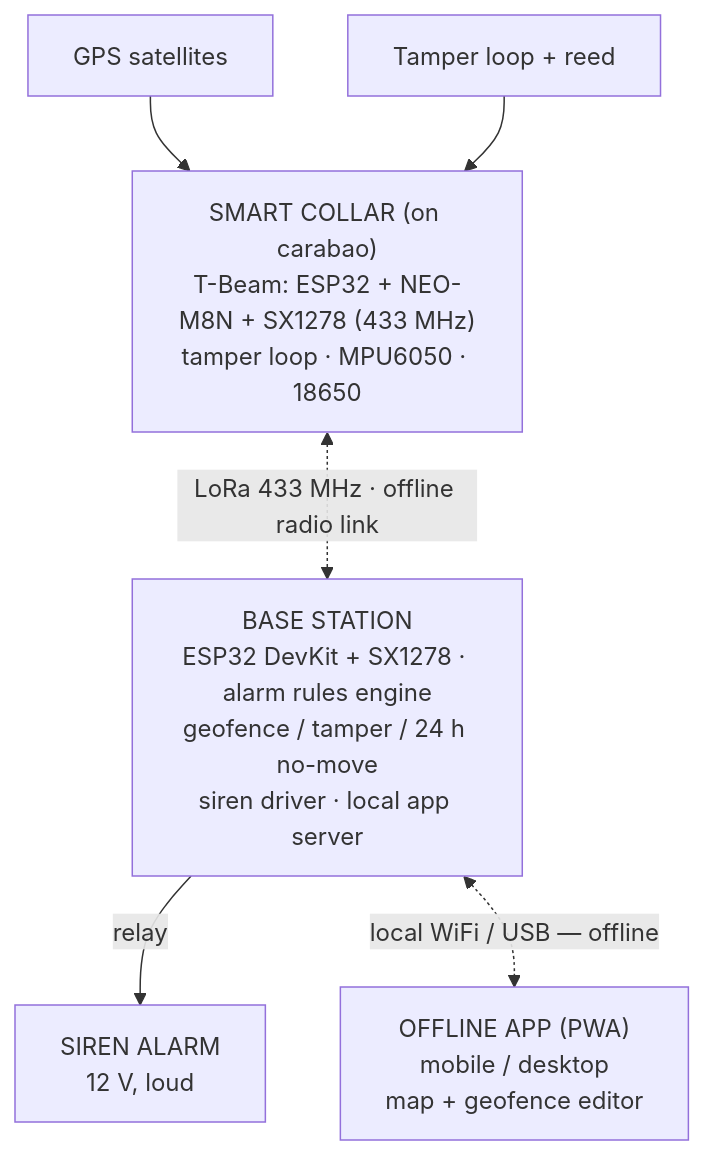
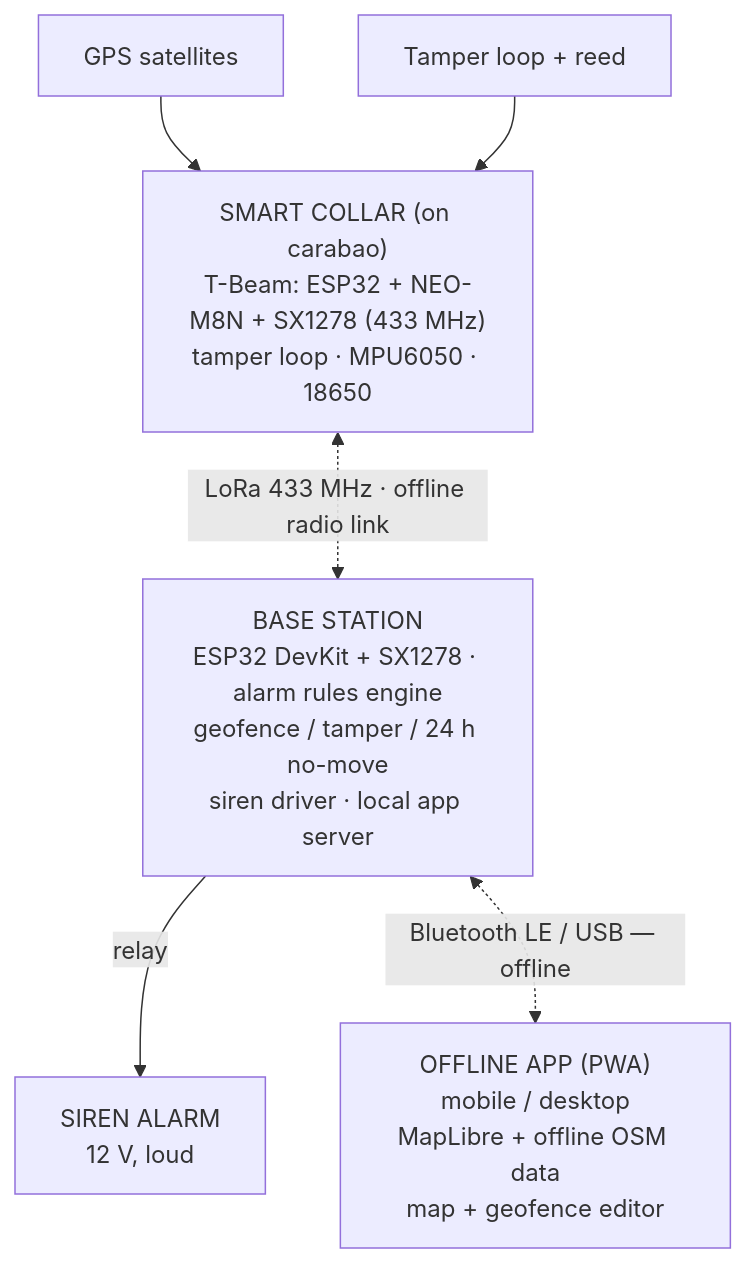
Before and after one commit to qppd/smart-collar: the second of 2 diagrams in README.md, drawn with Mermaid. The commit also changed other lines of this file and 17 other files, not shown here.

First line of the commit message:
Docs: complete offline-first build guide with wiring diagram and Map Pack

````diff
--- a/README.md
+++ b/README.md
@@ -80,8 +82,8 @@
 ```mermaid
 flowchart TB
     GPS["GPS satellites"] --> TBEAM["SMART COLLAR (on carabao)<br/>T-Beam: ESP32 + NEO-M8N + SX1278 (433 MHz)<br/>tamper loop · MPU6050 · 18650"]
     LOOP["Tamper loop + reed"] --> TBEAM
     TBEAM <-. "LoRa 433 MHz · offline radio link" .-> BASE["BASE STATION<br/>ESP32 DevKit + SX1278 · alarm rules engine<br/>geofence / tamper / 24 h no-move<br/>siren driver · local app server"]
     BASE -- "relay" --> SIREN["SIREN ALARM<br/>12 V, loud"]
-    BASE <-. "local WiFi / USB — offline" .-> APP["OFFLINE APP (PWA)<br/>mobile / desktop<br/>map + geofence editor"]
+    BASE <-. "Bluetooth LE / USB — offline" .-> APP["OFFLINE APP (PWA)<br/>mobile / desktop<br/>MapLibre + offline OSM data<br/>map + geofence editor"]
 ```
````
